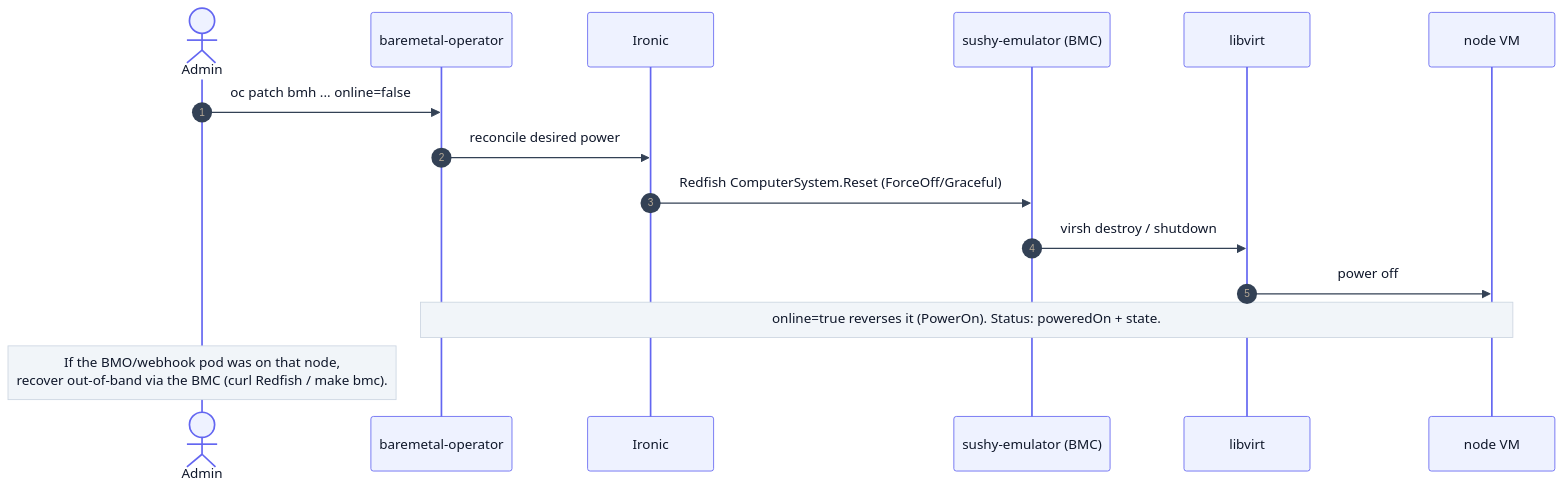
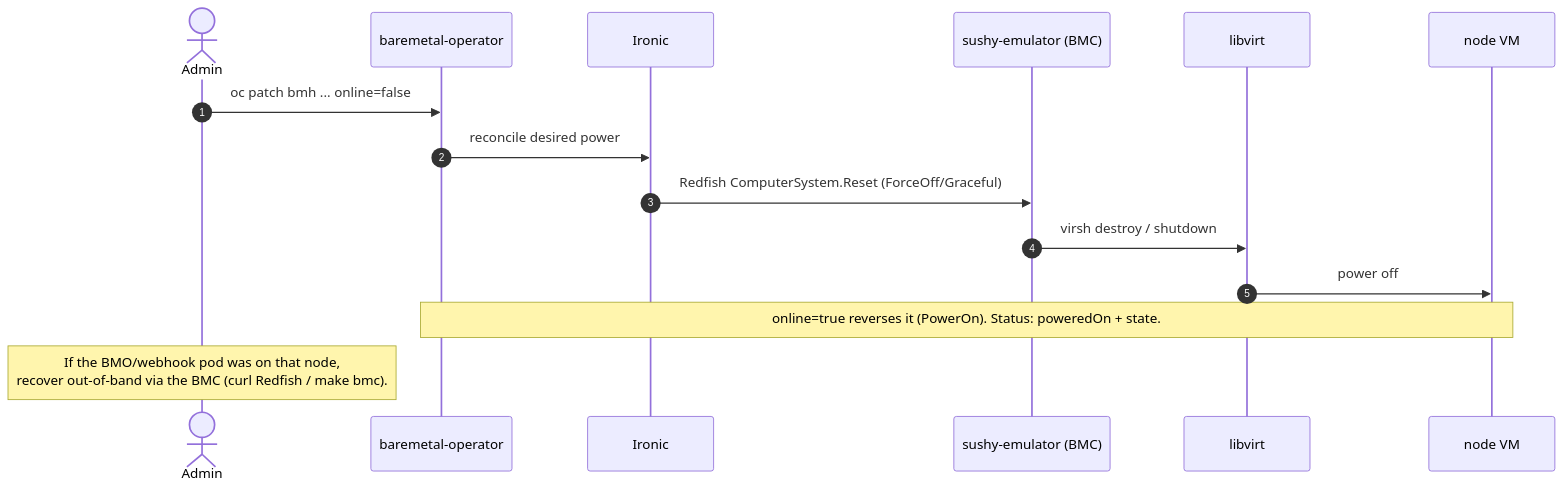
The ninth of 10 diagrams in docs/architecture.md (maci0/vmetal-openshift), drawn with Mermaid before and after one commit. The commit also changed other lines of this file and 6 other files, not shown here.

First line of the commit message:
docs: drop the forced mermaid theme (GitHub renders adaptively)

````diff
--- a/docs/architecture.md
+++ b/docs/architecture.md
@@ -391,19 +383,18 @@
 ```mermaid
-%%{init: {'theme':'base','themeVariables':{'fontFamily':'ui-sans-serif, system-ui, Segoe UI, Roboto, Helvetica, Arial, sans-serif','actorBkg':'#eef2ff','actorBorder':'#6366f1','actorTextColor':'#0f172a','noteBkgColor':'#f1f5f9','noteBorderColor':'#cbd5e1','noteTextColor':'#0f172a','lineColor':'#475569','signalColor':'#334155','signalTextColor':'#0f172a','labelBoxBkgColor':'#eef2ff','labelBoxBorderColor':'#6366f1'}}}%%
 sequenceDiagram
   autonumber
   actor U as Admin
   participant BMO as baremetal-operator
   participant IR as Ironic
   participant S as sushy-emulator (BMC)
   participant L as libvirt
   participant N as node VM
 
   U->>BMO: oc patch bmh ... online=false
   BMO->>IR: reconcile desired power
   IR->>S: Redfish ComputerSystem.Reset (ForceOff/Graceful)
   S->>L: virsh destroy / shutdown
   L->>N: power off
   Note over BMO,N: online=true reverses it (PowerOn). Status: poweredOn + state.
   Note over U: If the BMO/webhook pod was on that node,<br/>recover out-of-band via the BMC (curl Redfish / make bmc).
 ```
````
